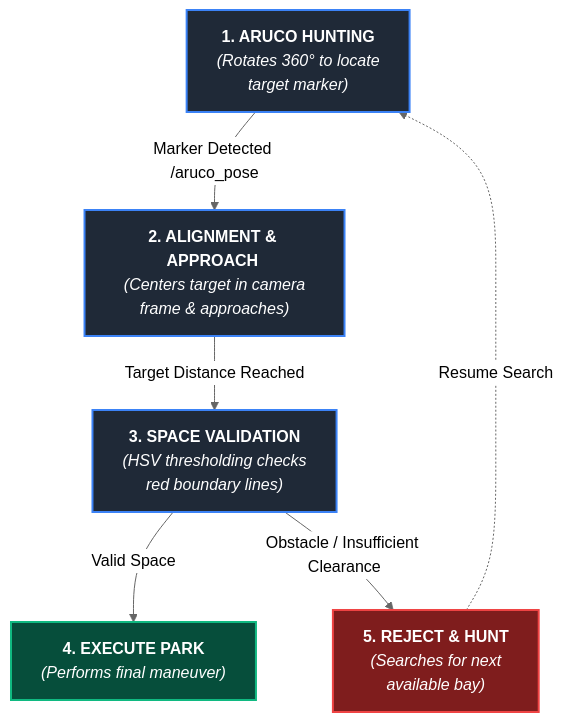
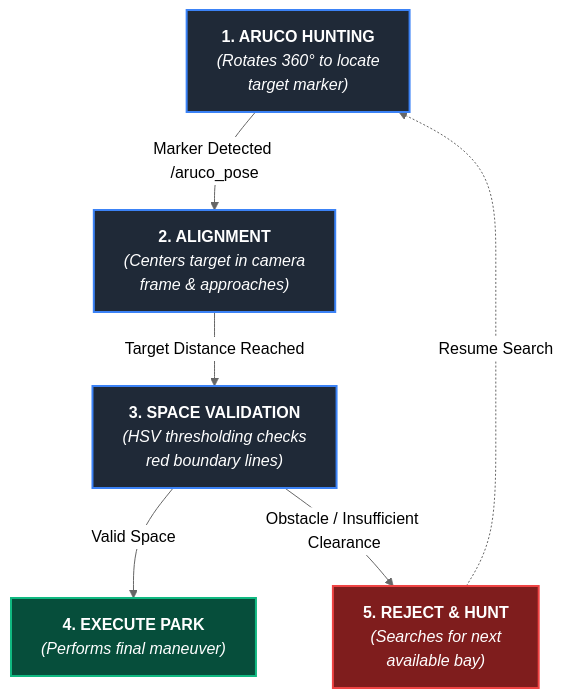
The diagram in README.md (abed2k/autonomous-ai-parking-robot), drawn with Mermaid (neutral theme) before and after one commit.

````diff
--- a/README.md
+++ b/README.md
@@ -145,19 +145,19 @@
 ```mermaid
 flowchart TD
     %% Define Styles with dynamic padding
     classDef stateStyle fill:#1f2937,stroke:#3b82f6,stroke-width:2px,color:#fff;
     classDef successStyle fill:#064e3b,stroke:#10b981,stroke-width:2px,color:#fff;
     classDef rejectStyle fill:#7f1d1d,stroke:#ef4444,stroke-width:2px,color:#fff;
 
     State1["<b>1. ARUCO HUNTING</b><br/><i>(Rotates 360° to locate<br/>target marker)</i>"]:::stateStyle
-    State2["<b>2. ALIGNMENT & APPROACH </b><br/><i>(Centers target in camera<br/>frame & approaches)</i>"]:::stateStyle
+    State2["<b>2. ALIGNMENT  </b><br/><i>(Centers target in camera<br/>frame & approaches)</i>"]:::stateStyle
     State3["<b>3. SPACE VALIDATION</b><br/><i>(HSV thresholding checks<br/>red boundary lines)</i>"]:::stateStyle
     State4["<b>4. EXECUTE PARK</b><br/><i>(Performs final maneuver)</i>"]:::successStyle
     State5["<b>5. REJECT & HUNT</b><br/><i>(Searches for next<br/>available bay)</i>"]:::rejectStyle
 
     State1 -->|Marker Detected /aruco_pose| State2
     State2 -->|Target Distance Reached| State3
     State3 -->|Valid Space| State4
     State3 -->|Obstacle / Insufficient Clearance| State5
     State5 -.->|Resume Search| State1
 ```
````
